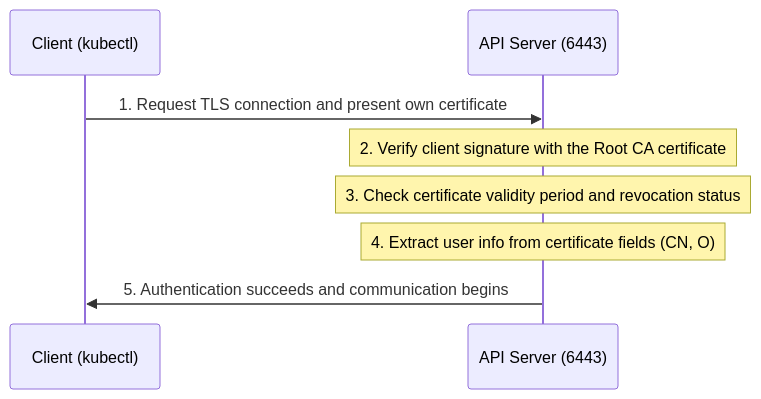
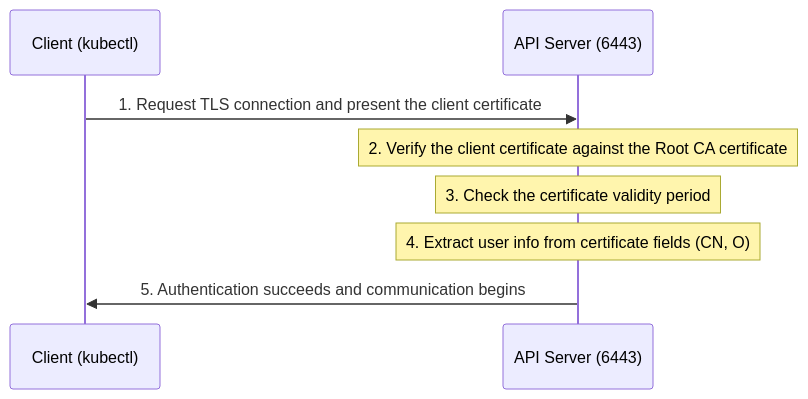
Before and after one commit to jeonck/k8s-adv: the diagram in content/security/04-implementation/29-client-cert-auth-concept.md, drawn with Mermaid. The commit also changed other lines of this file and 53 other files, not shown here.

````diff
--- a/content/security/04-implementation/29-client-cert-auth-concept.md
+++ b/content/security/04-implementation/29-client-cert-auth-concept.md
@@ -29,11 +29,11 @@
 ```mermaid
 sequenceDiagram
     participant C as Client (kubectl)
     participant S as API Server (6443)
     
-    C->>S: 1. Request TLS connection and present own certificate
-    Note over S: 2. Verify client signature with the Root CA certificate
-    Note over S: 3. Check certificate validity period and revocation status
+    C->>S: 1. Request TLS connection and present the client certificate
+    Note over S: 2. Verify the client certificate against the Root CA certificate
+    Note over S: 3. Check the certificate validity period
     Note over S: 4. Extract user info from certificate fields (CN, O)
     S->>C: 5. Authentication succeeds and communication begins
 ```
````
